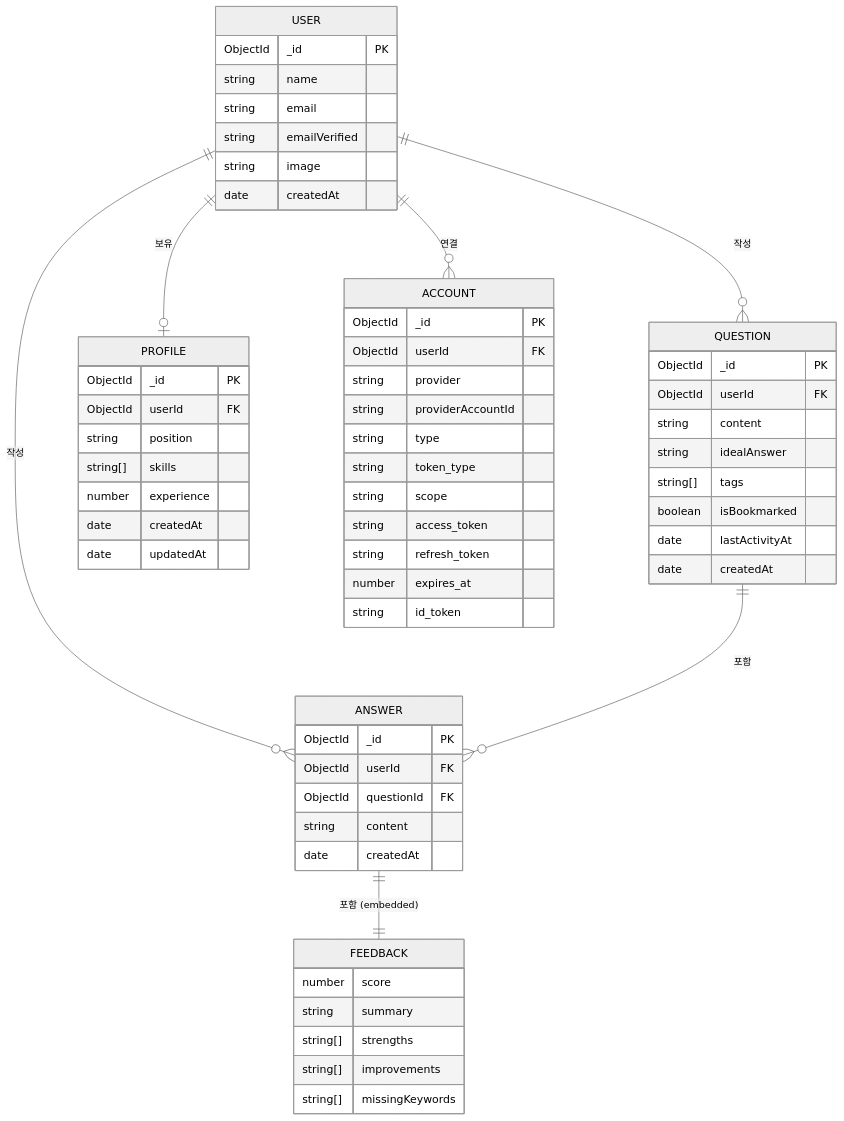
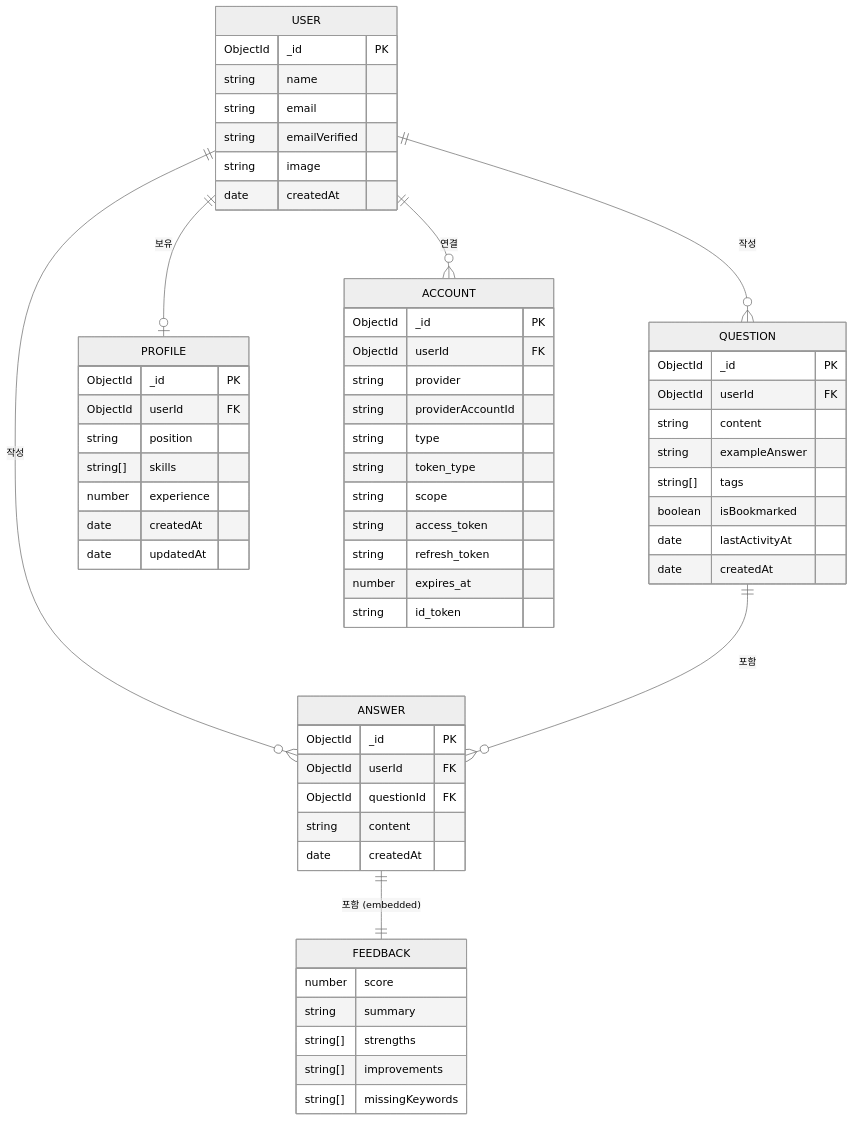
Before and after one commit to Yuna-001/techmate: the diagram in README.md, drawn with Mermaid (neutral theme). The commit also changed 10 other files, not shown here.

````diff
--- a/README.md
+++ b/README.md
@@ -117,69 +117,69 @@
 ```mermaid
 erDiagram
     USER {
         ObjectId _id PK
         string name
         string email
         string emailVerified
         string image
         date createdAt
     }
 
     QUESTION {
         ObjectId _id PK
         ObjectId userId FK
         string content
-        string idealAnswer
+        string exampleAnswer
         string[] tags
         boolean isBookmarked
         date lastActivityAt
         date createdAt
     }
 
     ANSWER {
         ObjectId _id PK
         ObjectId userId FK
         ObjectId questionId FK
         string content
         date createdAt
     }
 
     FEEDBACK {
         number score
         string summary
         string[] strengths
         string[] improvements
         string[] missingKeywords
     }
 
     PROFILE {
         ObjectId _id PK
         ObjectId userId FK
         string position
         string[] skills
         number experience
         date createdAt
         date updatedAt
     }
 
     ACCOUNT {
         ObjectId _id PK
         ObjectId userId FK
         string provider
         string providerAccountId
         string type
         string token_type
         string scope
         string access_token
         string refresh_token
         number expires_at
         string id_token
     }
 
     USER ||--o{ QUESTION : "작성"
     USER ||--o{ ANSWER : "작성"
     USER ||--o| PROFILE : "보유"
     USER ||--o{ ACCOUNT : "연결"
     QUESTION ||--o{ ANSWER : "포함"
     ANSWER ||--|| FEEDBACK : "포함 (embedded)"
 ```
````
